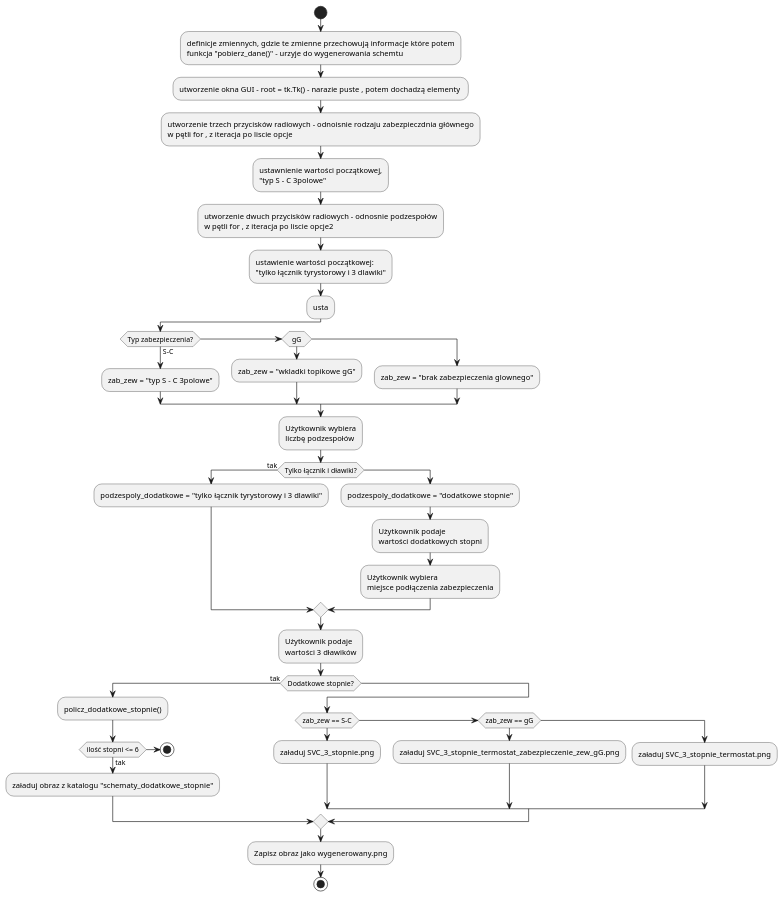
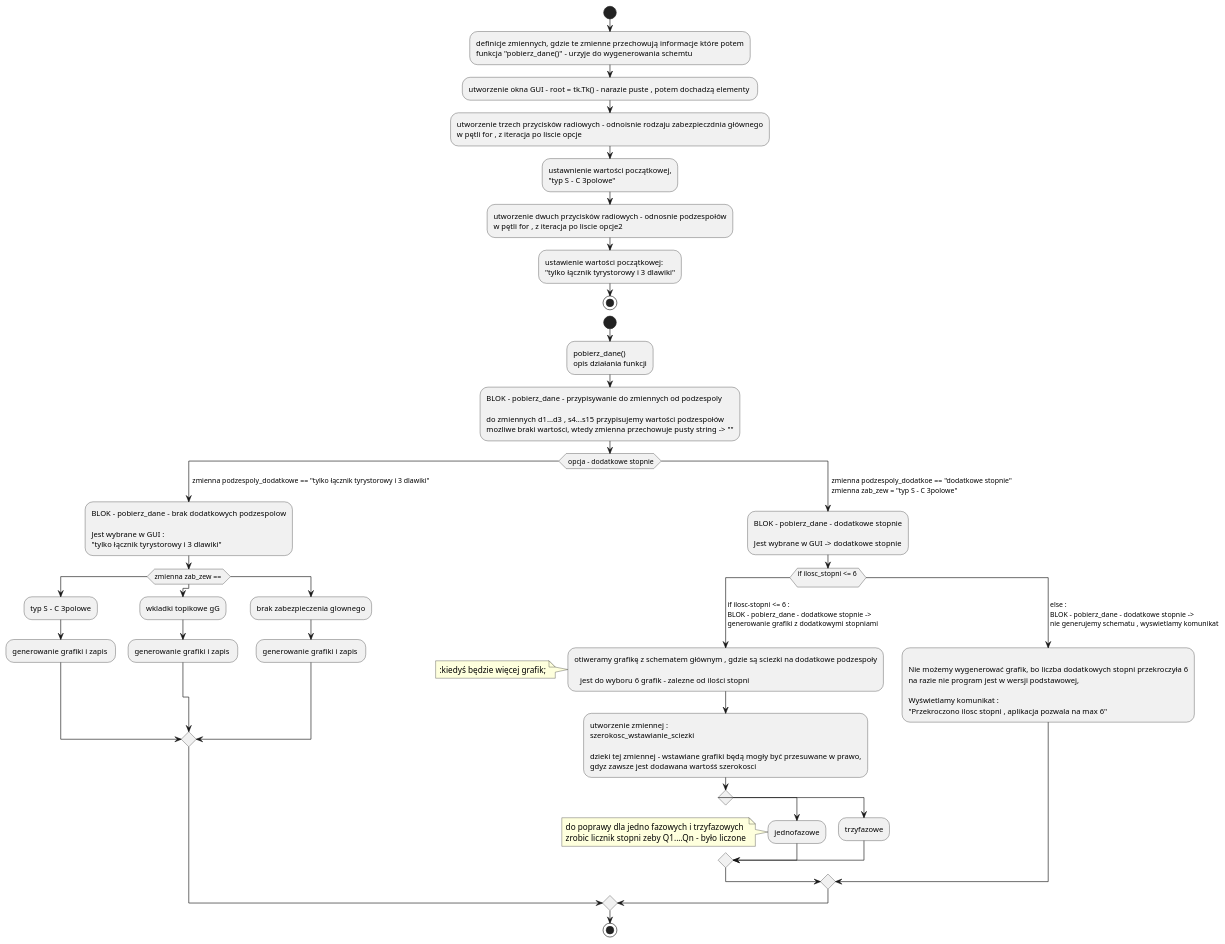
The diagram in generator_schematow_SVC/dzialanie_od_kodu.puml (Froniu7/Projekt-dla-Marka-), drawn with PlantUML before and after one commit. The commit also changed 2 other files, not shown here.

Commit message:
dodanie elementy trzy-fazowe do generatora schematow SVC , dodanie opsy stopnie ( ale beda jeszcze poprawki ) , scheamaty blokowe uzupelnienie

```diff
--- a/generator_schematow_SVC/dzialanie_od_kodu.puml
+++ b/generator_schematow_SVC/dzialanie_od_kodu.puml
@@ -1,57 +1,85 @@
 @startuml
 
 start
 :definicje zmiennych, gdzie te zmienne przechowują informacje które potem
 funkcja "pobierz_dane()" - urzyje do wygenerowania schemtu;
 :utworzenie okna GUI - root = tk.Tk() - narazie puste , potem dochadzą elementy ;
 :utworzenie trzech przycisków radiowych - odnoisnie rodzaju zabezpieczdnia głównego
 w pętli for , z iteracja po liscie opcje;
 :ustawnienie wartości początkowej,
 "typ S - C 3polowe";
 :utworzenie dwuch przycisków radiowych - odnosnie podzespołów
 w pętli for , z iteracja po liscie opcje2;
 :ustawienie wartości początkowej:
 "tylko łącznik tyrystorowy i 3 dlawiki";
+stop
 
 
-:usta;
+start
+:pobierz_dane()
+opis działania funkcji;
+:BLOK - pobierz_dane - przypisywanie do zmiennych od podzespoly
 
-if (Typ zabezpieczenia?) then (S-C)
-  :zab_zew = "typ S - C 3polowe";
-elseif (gG)
-  :zab_zew = "wkladki topikowe gG";
-else
-  :zab_zew = "brak zabezpieczenia glownego";
-endif
+do zmiennych d1...d3 , s4...s15 przypisujemy wartości podzespołów
+mozliwe braki wartości, wtedy zmienna przechowuje pusty string -> "";
+switch( opcja - dodatkowe stopnie)
+case(  zmienna podzespoly_dodatkowe == "tylko łącznik tyrystorowy i 3 dlawiki")
+:BLOK - pobierz_dane - brak dodatkowych podzespolow
 
-:Użytkownik wybiera\nliczbę podzespołów;
-if (Tylko łącznik i dławiki?) then (tak)
-  :podzespoly_dodatkowe = "tylko łącznik tyrystorowy i 3 dlawiki";
-else
-  :podzespoly_dodatkowe = "dodatkowe stopnie";
-  :Użytkownik podaje\nwartości dodatkowych stopni;
-  :Użytkownik wybiera\nmiejsce podłączenia zabezpieczenia;
-endif
+Jest wybrane w GUI :
+"tylko łącznik tyrystorowy i 3 dlawiki";
+switch(zmienna zab_zew == )
+case()
+:typ S - C 3polowe;
+:generowanie grafiki i zapis ;
+case()
+:wkladki topikowe gG;
+:generowanie grafiki i zapis ;
+case()
+:brak zabezpieczenia glownego;
+:generowanie grafiki i zapis ;
+endswitch
+case(  zmienna podzespoly_dodatkoe == "dodatkowe stopnie"\n  zmienna zab_zew = "typ S - C 3polowe")
+:BLOK - pobierz_dane - dodatkowe stopnie
 
-:Użytkownik podaje\nwartości 3 dławików;
+Jest wybrane w GUI -> dodatkowe stopnie;
+    switch(if ilosc_stopni <= 6 \n )
+        case( if ilosc-stopni <= 6 : \n BLOK - pobierz_dane - dodatkowe stopnie -> \n generowanie grafiki z dodatkowymi stopniami )
 
-if (Dodatkowe stopnie?) then (tak)
-  :policz_dodatkowe_stopnie();
-  if (ilość stopni <= 6) then (tak)
-    :załaduj obraz z katalogu "schematy_dodatkowe_stopnie";
-  else
-    stop
-  endif
-else
-  if (zab_zew == S-C) then
-    :załaduj SVC_3_stopnie.png;
-  elseif (zab_zew == gG) then
-    :załaduj SVC_3_stopnie_termostat_zabezpieczenie_zew_gG.png;
-  else
-    :załaduj SVC_3_stopnie_termostat.png;
-  endif
-endif
+            :otiweramy grafikę z schematem głównym , gdzie są sciezki na dodatkowe podzespoły
 
-:Zapisz obraz jako wygenerowany.png;
+               jest do wyboru 6 grafik - zalezne od ilości stopni;
+               note left
+                :kiedyś będzie więcej grafik;
+                endnote
+            :utworzenie zmiennej :
+            szerokosc_wstawianie_sciezki
+
+            dzieki tej zmiennej - wstawiane grafiki będą mogły być przesuwane w prawo,
+            gdyz zawsze jest dodawana wartośś szerokosci;
+                switch()
+                    case()
+                        :jednofazowe;
+                        note left
+                        do poprawy dla jedno fazowych i trzyfazowych
+                        zrobic licznik stopni zeby Q1....Qn - było liczone
+                        endnote
+                    case()
+                        :trzyfazowe;
+                endswitch
+        case( else : \n BLOK - pobierz_dane - dodatkowe stopnie -> \n nie generujemy schematu , wyswietlamy komunikat )
+            :
+            Nie możemy wygenerować grafik, bo liczba dodatkowych stopni przekroczyła 6
+            na razie nie program jest w wersji podstawowej,
+
+            Wyświetlamy komunikat :
+            "Przekroczono ilosc stopni , aplikacja pozwala na max 6";
+
+
+endswitch
+
+
+endswitch
 stop
+
 @enduml
```
